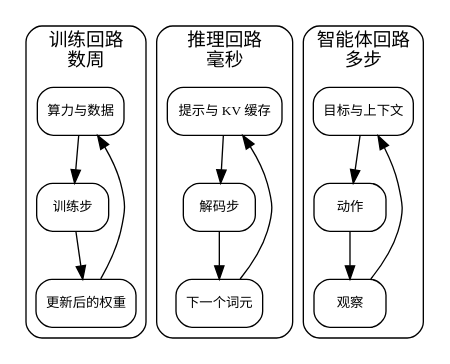
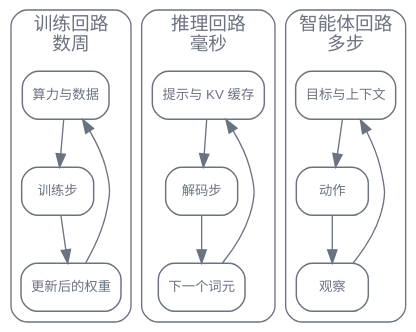
The second of 2 diagrams in zh/p0-orientation/02-field-map.qmd (latere-ai/ai-as-an-infrastructure), drawn with Graphviz before and after one commit. The commit also changed 186 other files, not shown here.

First line of the commit message:
book: visual audit pass on all diagrams and figures

````diff
--- a/zh/p0-orientation/02-field-map.qmd
+++ b/zh/p0-orientation/02-field-map.qmd
@@ -166,38 +166,46 @@
 ```{dot}
 //| label: fig-field-map-three-loops
 //| fig-cap: "三个回路是同一个控制结构在三种时间尺度上的样子。每一个都把输入经过一个步骤变成输出，输出再回到输入，变化的只是载荷与时间尺度。"
 digraph {
+  bgcolor="transparent";
   rankdir=TB;
-  node [shape=box, style=rounded, fontsize=10];
+  node [shape=box, style=rounded, fontsize=10, fontname="Helvetica", color="#6b7280", fontcolor="#6b7280", penwidth=1.1];
+  edge [color="#6b7280", fontcolor="#6b7280"];
 
   subgraph cluster_train {
     label="训练回路\n数周";
     style=rounded;
+    color="#6b7280";
+    fontcolor="#6b7280";
     t_in [label="算力与数据"];
     t_step [label="训练步"];
     t_out [label="更新后的权重"];
     t_in -> t_step -> t_out;
     t_out -> t_in [constraint=false];
   }
 
   subgraph cluster_infer {
     label="推理回路\n毫秒";
     style=rounded;
+    color="#6b7280";
+    fontcolor="#6b7280";
     i_in [label="提示与 KV 缓存"];
     i_step [label="解码步"];
     i_out [label="下一个词元"];
     i_in -> i_step -> i_out;
     i_out -> i_in [constraint=false];
   }
 
   subgraph cluster_agent {
     label="智能体回路\n多步";
     style=rounded;
+    color="#6b7280";
+    fontcolor="#6b7280";
     a_in [label="目标与上下文"];
     a_step [label="动作"];
     a_out [label="观察"];
     a_in -> a_step -> a_out;
     a_out -> a_in [constraint=false];
   }
 }
 ```
````
